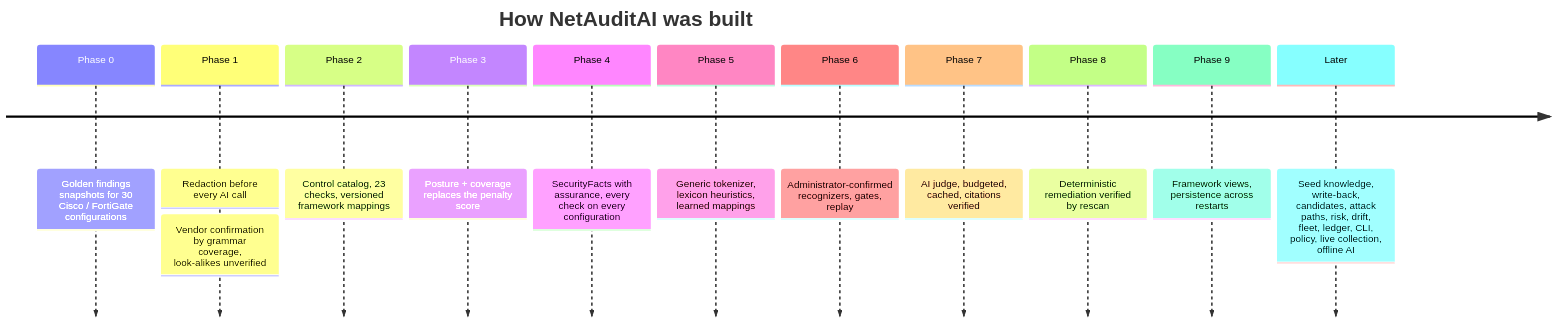
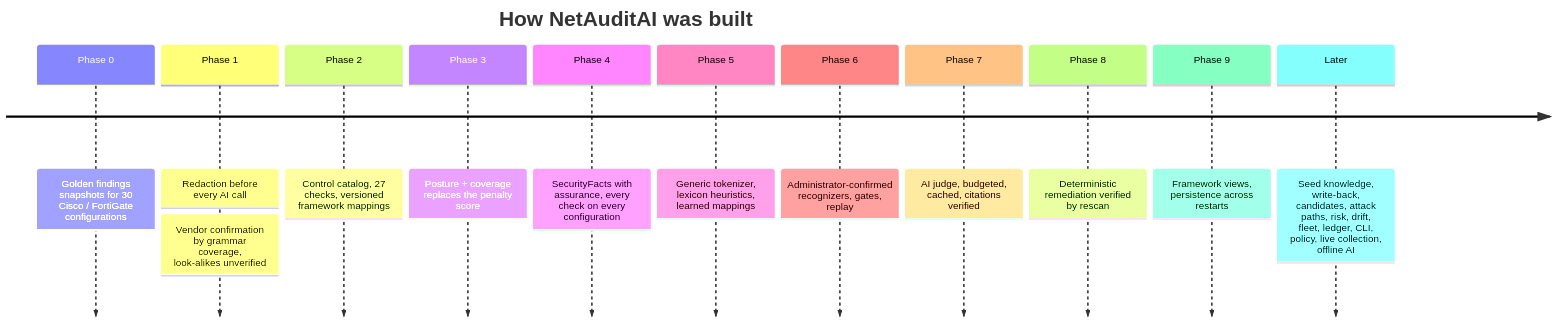
The diagram in docs/roadmap.md (astrilo-monk/sih-26155), drawn with Mermaid before and after one commit. The commit also changed other lines of this file and 25 other files, not shown here.

````diff
--- a/docs/roadmap.md
+++ b/docs/roadmap.md
@@ -10,16 +10,16 @@
 ```mermaid
 timeline
     title How NetAuditAI was built
     Phase 0 : Golden findings snapshots for 30 Cisco / FortiGate configurations
     Phase 1 : Redaction before every AI call
             : Vendor confirmation by grammar coverage, look-alikes unverified
-    Phase 2 : Control catalog, 23 checks, versioned framework mappings
+    Phase 2 : Control catalog, 27 checks, versioned framework mappings
     Phase 3 : Posture + coverage replaces the penalty score
     Phase 4 : SecurityFacts with assurance, every check on every configuration
     Phase 5 : Generic tokenizer, lexicon heuristics, learned mappings
     Phase 6 : Administrator-confirmed recognizers, gates, replay
     Phase 7 : AI judge, budgeted, cached, citations verified
     Phase 8 : Deterministic remediation verified by rescan
     Phase 9 : Framework views, persistence across restarts
     Later   : Seed knowledge, write-back, candidates, attack paths, risk, drift, fleet, ledger, CLI, policy, live collection, offline AI
 ```
````
